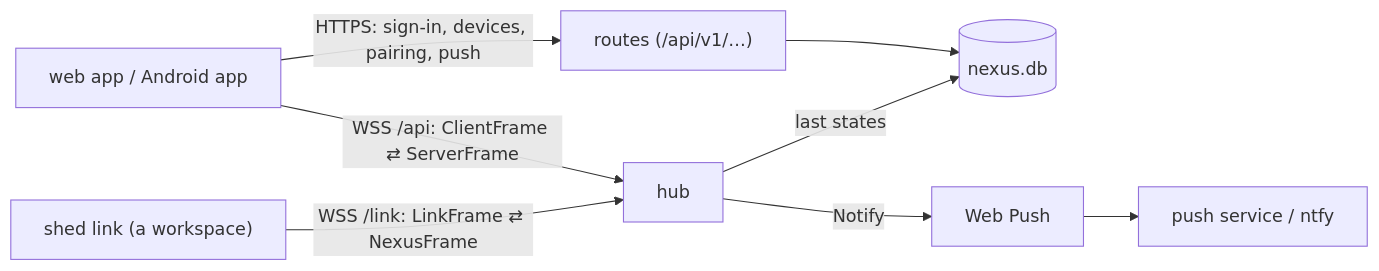
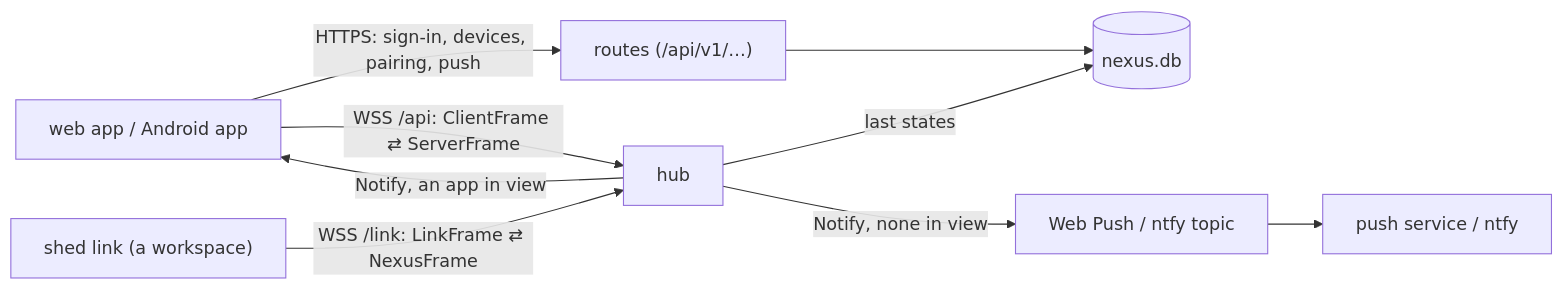
The second of 2 diagrams in docs/architecture.md (odolha/shed), drawn with Mermaid before and after one commit. The commit also changed other lines of this file and 25 other files, not shown here.

First line of the commit message:
Notifications reach an open Shed app live, and phones through a plain ntfy topic otherwise

````diff
--- a/docs/architecture.md
+++ b/docs/architecture.md
@@ -795,9 +796,10 @@
 ```mermaid
 flowchart LR
     web["web app / Android app"] -- "HTTPS: sign-in, devices, pairing, push" --> http["routes (/api/v1/…)"]
     web -- "WSS /api: ClientFrame ⇄ ServerFrame" --> hub["hub"]
     link["shed link (a workspace)"] -- "WSS /link: LinkFrame ⇄ NexusFrame" --> hub
     http --> db[("nexus.db")]
     hub -- "last states" --> db
-    hub -- "Notify" --> push["Web Push"] --> service["push service / ntfy"]
+    hub -- "Notify, an app in view" --> web
+    hub -- "Notify, none in view" --> push["Web Push / ntfy topic"] --> service["push service / ntfy"]
 ```
````
